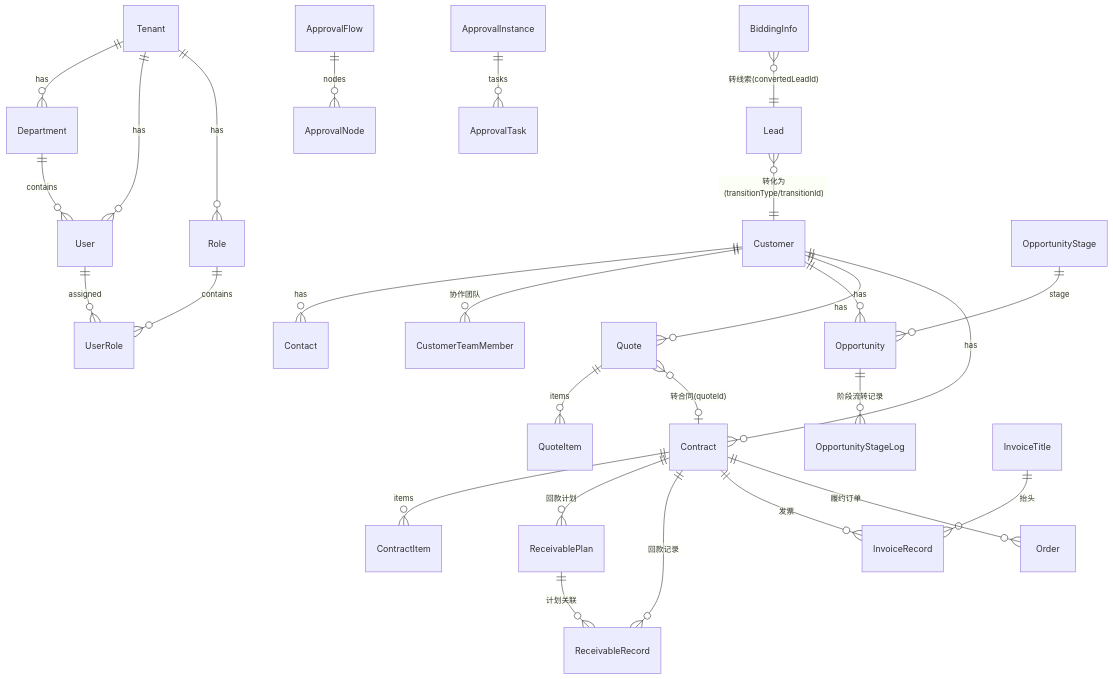
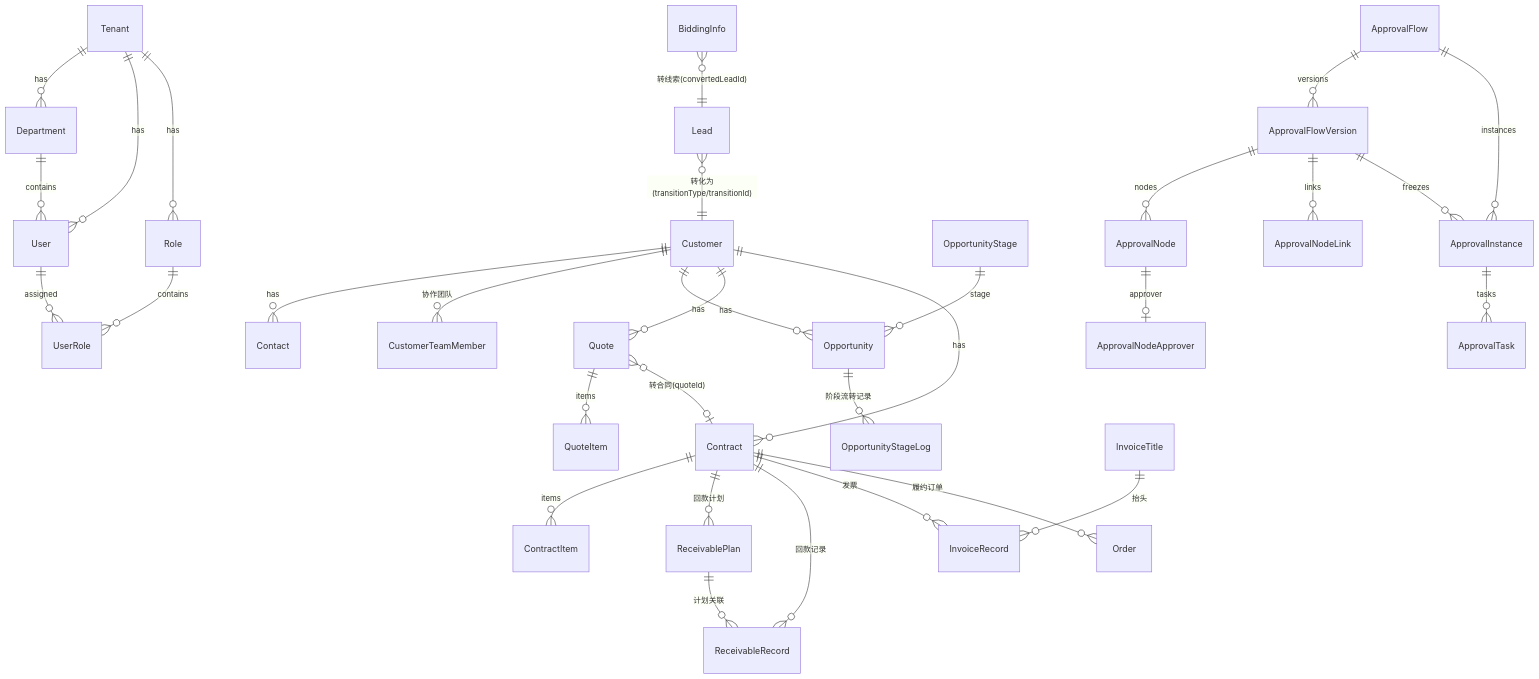
Before and after one commit to HideInMatrix/micromatrix-crm: the diagram in docs/data-model.md, drawn with Mermaid. The commit also changed other lines of this file and 34 other files, not shown here.

````diff
--- a/docs/data-model.md
+++ b/docs/data-model.md
@@ -7,34 +7,39 @@
 ```mermaid
 erDiagram
     Tenant ||--o{ Department : has
     Tenant ||--o{ User : has
     Tenant ||--o{ Role : has
     Department ||--o{ User : contains
     User ||--o{ UserRole : assigned
     Role ||--o{ UserRole : contains
 
     Lead }o--|| Customer : "转化为(transitionType/transitionId)"
     Customer ||--o{ Contact : has
     Customer ||--o{ CustomerTeamMember : "协作团队"
     Customer ||--o{ Opportunity : has
     Customer ||--o{ Quote : has
     Customer ||--o{ Contract : has
 
     OpportunityStage ||--o{ Opportunity : stage
     Opportunity ||--o{ OpportunityStageLog : "阶段流转记录"
 
     Quote ||--o{ QuoteItem : items
     Quote }o--o| Contract : "转合同(quoteId)"
     Contract ||--o{ ContractItem : items
     Contract ||--o{ ReceivablePlan : "回款计划"
     Contract ||--o{ ReceivableRecord : "回款记录"
     ReceivablePlan ||--o{ ReceivableRecord : "计划关联"
     Contract ||--o{ InvoiceRecord : "发票"
     InvoiceTitle ||--o{ InvoiceRecord : "抬头"
     Contract ||--o{ Order : "履约订单"
 
-    ApprovalFlow ||--o{ ApprovalNode : nodes
+    ApprovalFlow ||--o{ ApprovalFlowVersion : versions
+    ApprovalFlowVersion ||--o{ ApprovalNode : nodes
+    ApprovalFlowVersion ||--o{ ApprovalNodeLink : links
+    ApprovalNode ||--o| ApprovalNodeApprover : approver
+    ApprovalFlow ||--o{ ApprovalInstance : instances
+    ApprovalFlowVersion ||--o{ ApprovalInstance : freezes
     ApprovalInstance ||--o{ ApprovalTask : tasks
 
     BiddingInfo }o--|| Lead : "转线索(convertedLeadId)"
 ```
````
